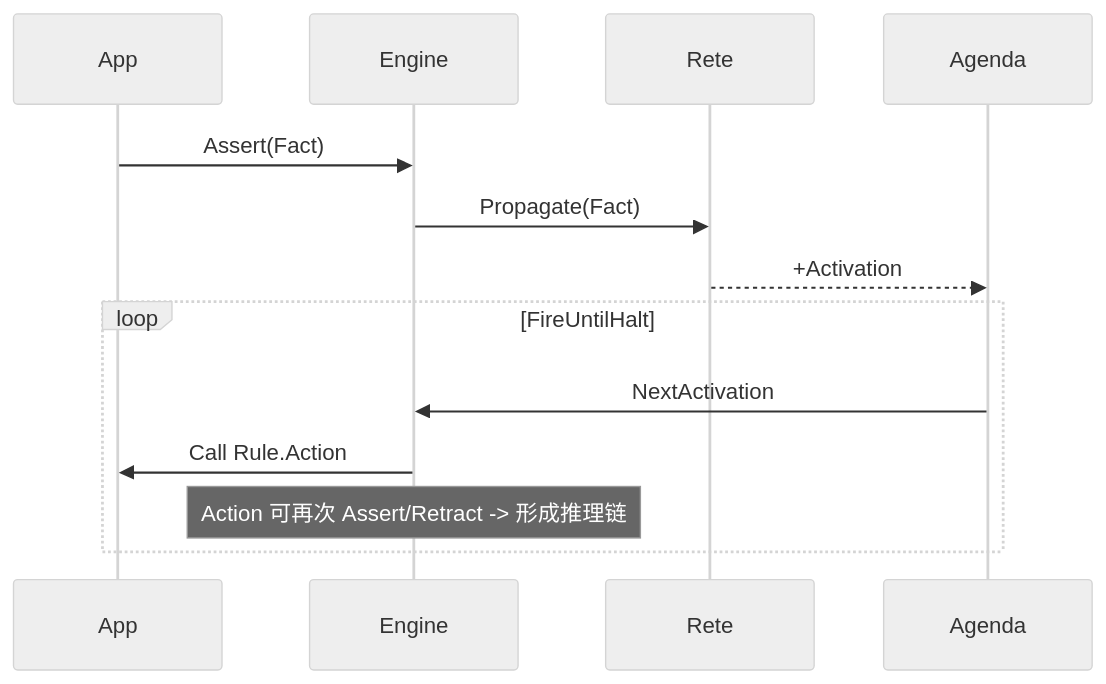
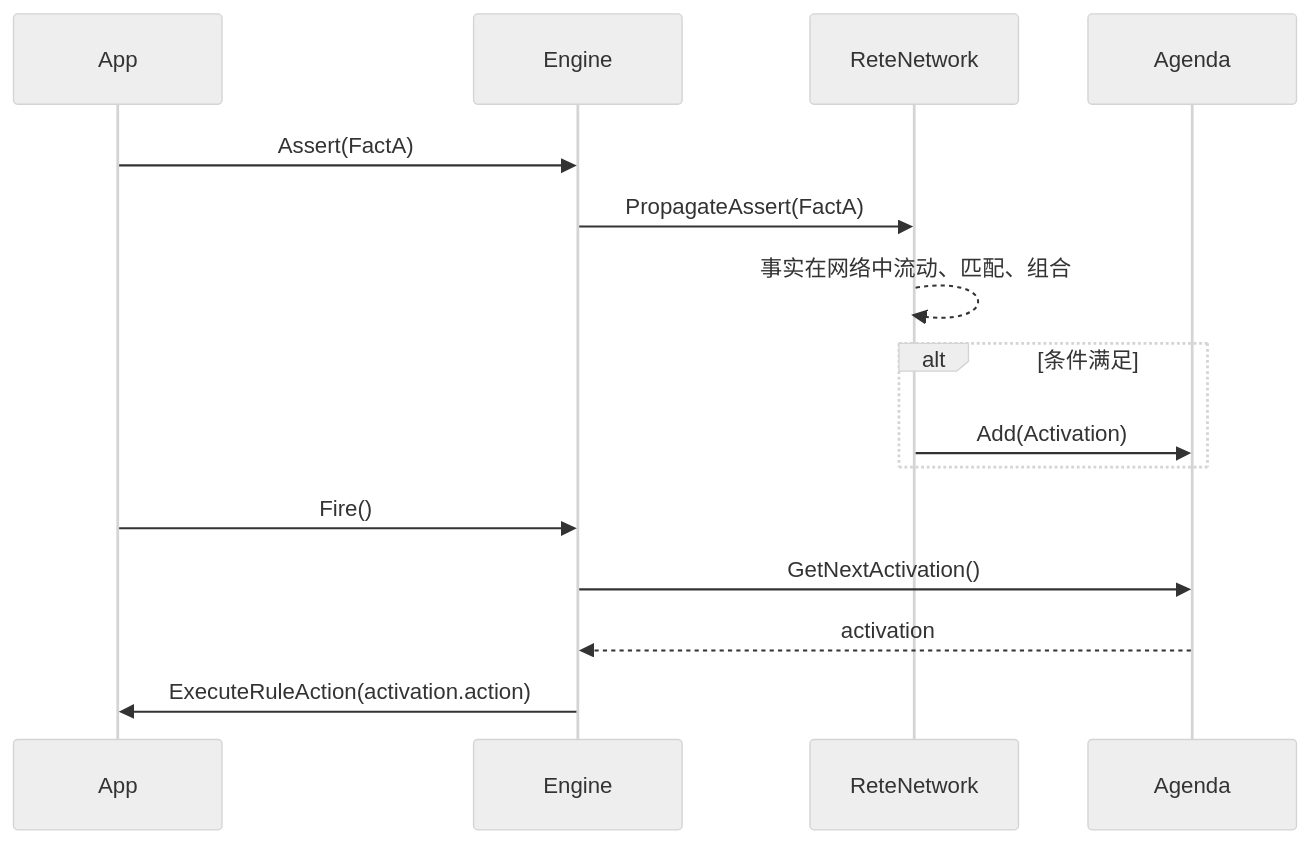
The second of 3 diagrams in ruleengine/docs/Rete_Engine_Go_Design.md (iheCoder/code_for_article), drawn with Mermaid (neutral theme) before and after one commit. The commit also changed other lines of this file and 7 other files, not shown here.

Commit message:
rete engine: add NotNode、ExistsNode、AggregateNode

````diff
--- a/ruleengine/docs/Rete_Engine_Go_Design.md
+++ b/ruleengine/docs/Rete_Engine_Go_Design.md
@@ -91,15 +122,19 @@
 ```mermaid
 sequenceDiagram
     participant App
     participant Engine
-    participant Rete
+    participant ReteNetwork
     participant Agenda
-    App ->> Engine: Assert(Fact)
-    Engine ->> Rete: Propagate(Fact)
-    Rete -->> Agenda: +Activation
-    loop FireUntilHalt
-        Agenda ->> Engine: NextActivation
-        Engine ->> App: Call Rule.Action
-        Note over Engine: Action 可再次 Assert/Retract -> 形成推理链
+
+    App->>Engine: Assert(FactA)
+    Engine->>ReteNetwork: PropagateAssert(FactA)
+    ReteNetwork-->>ReteNetwork: 事实在网络中流动、匹配、组合
+    alt 条件满足
+        ReteNetwork->>Agenda: Add(Activation)
     end
+    
+    App->>Engine: Fire()
+    Engine->>Agenda: GetNextActivation()
+    Agenda-->>Engine: activation
+    Engine->>App: ExecuteRuleAction(activation.action)
 ```
````
